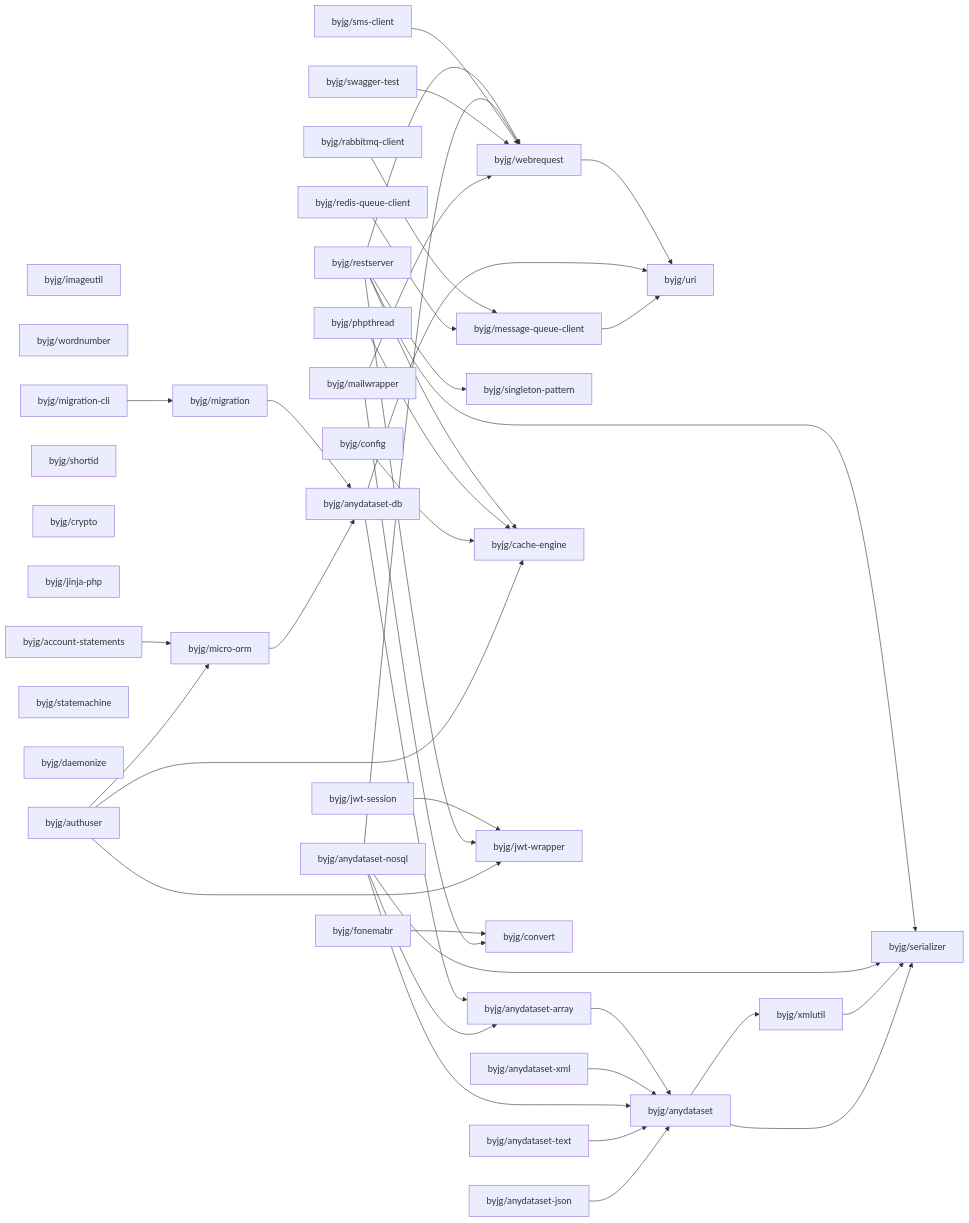
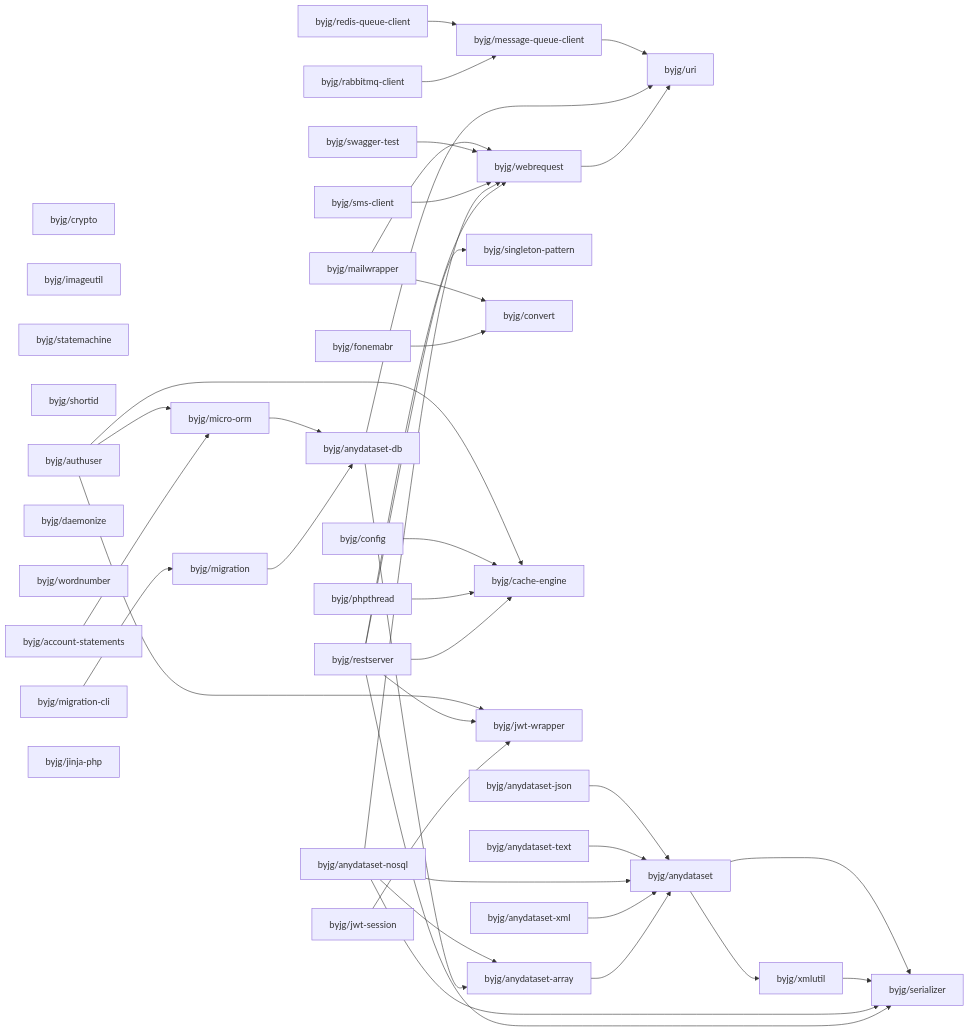
Before and after one commit to byjg/byjg.github.io: the diagram in docs/php/README.md, drawn with Mermaid. The commit also changed other lines of this file, not shown here.

Commit message:
Update documentation 'php' 'php-migration'

````diff
--- a/docs/php/README.md
+++ b/docs/php/README.md
@@ -3,78 +3,78 @@
 ```mermaid
 graph LR;
+  byjg/fonemabr;
+  byjg/anydataset-json;
+  byjg/jwt-session;
+  byjg/crypto;
+  byjg/imageutil;
+  byjg/anydataset-nosql;
+  byjg/redis-queue-client;
   byjg/sms-client;
-  byjg/imageutil;
+  byjg/phpthread;
+  byjg/config;
+  byjg/restserver;
+  byjg/statemachine;
+  byjg/shortid;
   byjg/anydataset-text;
+  byjg/account-statements;
+  byjg/mailwrapper;
+  byjg/daemonize;
   byjg/wordnumber;
-  byjg/jwt-session;
-  byjg/migration-cli;
-  byjg/config;
-  byjg/phpthread;
-  byjg/shortid;
-  byjg/crypto;
-  byjg/restserver;
-  byjg/jinja-php;
-  byjg/rabbitmq-client;
-  byjg/redis-queue-client;
-  byjg/fonemabr;
-  byjg/account-statements;
-  byjg/statemachine;
-  byjg/anydataset-nosql;
-  byjg/daemonize;
   byjg/anydataset-xml;
   byjg/authuser;
+  byjg/rabbitmq-client;
+  byjg/migration-cli;
   byjg/swagger-test;
-  byjg/mailwrapper;
-  byjg/anydataset-json;
-  byjg/migration;
+  byjg/jinja-php;
   byjg/singleton-pattern;
-  byjg/message-queue-client;
+  byjg/convert;
   byjg/micro-orm;
   byjg/cache-engine;
   byjg/jwt-wrapper;
-  byjg/convert;
+  byjg/message-queue-client;
+  byjg/migration;
   byjg/webrequest;
   byjg/anydataset-db;
   byjg/anydataset-array;
   byjg/uri;
   byjg/anydataset;
   byjg/xmlutil;
   byjg/serializer;
   byjg/account-statements --> byjg/micro-orm;
   byjg/fonemabr --> byjg/convert;
   byjg/webrequest --> byjg/uri;
   byjg/anydataset-array --> byjg/anydataset;
   byjg/anydataset-xml --> byjg/anydataset;
   byjg/rabbitmq-client --> byjg/message-queue-client;
   byjg/redis-queue-client --> byjg/message-queue-client;
   byjg/jwt-session --> byjg/jwt-wrapper;
   byjg/anydataset-db --> byjg/anydataset-array;
   byjg/anydataset-db --> byjg/uri;
   byjg/restserver --> byjg/serializer;
   byjg/restserver --> byjg/singleton-pattern;
   byjg/restserver --> byjg/cache-engine;
   byjg/restserver --> byjg/webrequest;
   byjg/restserver --> byjg/jwt-wrapper;
   byjg/migration --> byjg/anydataset-db;
   byjg/anydataset-nosql --> byjg/anydataset;
   byjg/anydataset-nosql --> byjg/anydataset-array;
   byjg/anydataset-nosql --> byjg/serializer;
   byjg/anydataset-nosql --> byjg/webrequest;
   byjg/phpthread --> byjg/cache-engine;
   byjg/sms-client --> byjg/webrequest;
   byjg/swagger-test --> byjg/webrequest;
   byjg/migration-cli --> byjg/migration;
   byjg/config --> byjg/cache-engine;
   byjg/anydataset-text --> byjg/anydataset;
   byjg/micro-orm --> byjg/anydataset-db;
   byjg/authuser --> byjg/micro-orm;
   byjg/authuser --> byjg/cache-engine;
   byjg/authuser --> byjg/jwt-wrapper;
   byjg/anydataset-json --> byjg/anydataset;
   byjg/mailwrapper --> byjg/convert;
   byjg/mailwrapper --> byjg/webrequest;
   byjg/xmlutil --> byjg/serializer;
   byjg/anydataset --> byjg/serializer;
   byjg/anydataset --> byjg/xmlutil;
   byjg/message-queue-client --> byjg/uri;
 ```
````
